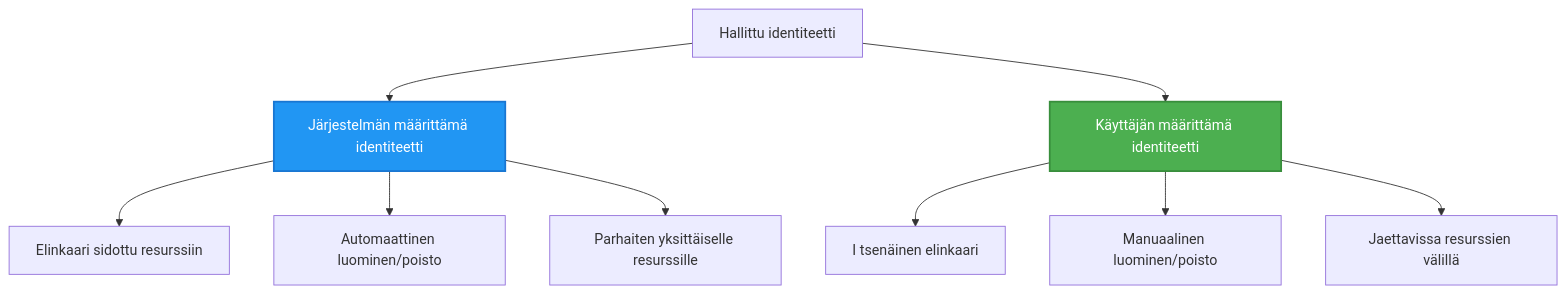
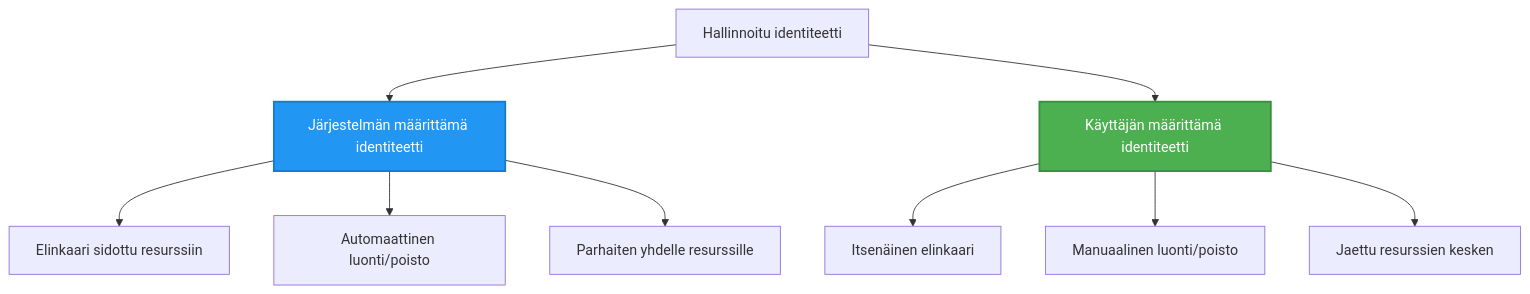
One commit to microsoft/AZD-for-beginners changed the second of 2 diagrams in translations/fi/docs/chapter-03-configuration/authsecurity.md. Above: the diagram before and after it, drawn with Mermaid. The commit also changed other lines of this file and 104 other files, not shown here.

````diff
--- a/translations/fi/docs/chapter-03-configuration/authsecurity.md
+++ b/translations/fi/docs/chapter-03-configuration/authsecurity.md
@@ -97,20 +98,20 @@
 ```mermaid
 graph TB
-    MI[Hallittu identiteetti]
+    MI[Hallinnoitu identiteetti]
     SystemAssigned[Järjestelmän määrittämä identiteetti]
     UserAssigned[Käyttäjän määrittämä identiteetti]
     
     MI --> SystemAssigned
     MI --> UserAssigned
     
     SystemAssigned --> SA1[Elinkaari sidottu resurssiin]
-    SystemAssigned --> SA2[Automaattinen luominen/poisto]
-    SystemAssigned --> SA3[Parhaiten yksittäiselle resurssille]
+    SystemAssigned --> SA2[Automaattinen luonti/poisto]
+    SystemAssigned --> SA3[Parhaiten yhdelle resurssille]
     
-    UserAssigned --> UA1[I tsenäinen elinkaari]
-    UserAssigned --> UA2[Manuaalinen luominen/poisto]
-    UserAssigned --> UA3[Jaettavissa resurssien välillä]
+    UserAssigned --> UA1[Itsenäinen elinkaari]
+    UserAssigned --> UA2[Manuaalinen luonti/poisto]
+    UserAssigned --> UA3[Jaettu resurssien kesken]
     
     style SystemAssigned fill:#2196F3,stroke:#1976D2,stroke-width:2px,color:#fff
     style UserAssigned fill:#4CAF50,stroke:#388E3C,stroke-width:2px,color:#fff
 ```
````
